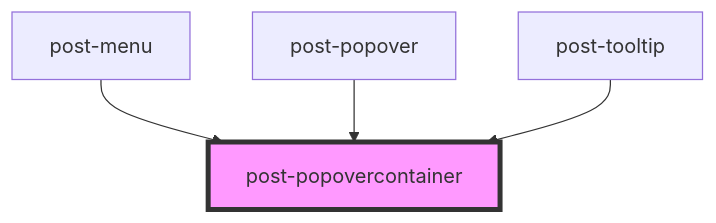
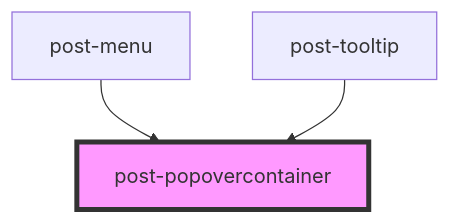
One commit to swisspost/design-system changed the diagram in packages/components/src/components/post-popovercontainer/readme.md. Above: the diagram before and after it, drawn with Mermaid. The commit also changed other lines of this file, not shown here.

````diff
--- a/packages/components/src/components/post-popovercontainer/readme.md
+++ b/packages/components/src/components/post-popovercontainer/readme.md
@@ -87,7 +86,6 @@
 ```mermaid
 graph TD;
   post-menu --> post-popovercontainer
-  post-popover --> post-popovercontainer
   post-tooltip --> post-popovercontainer
   style post-popovercontainer fill:#f9f,stroke:#333,stroke-width:4px
 ```
````
